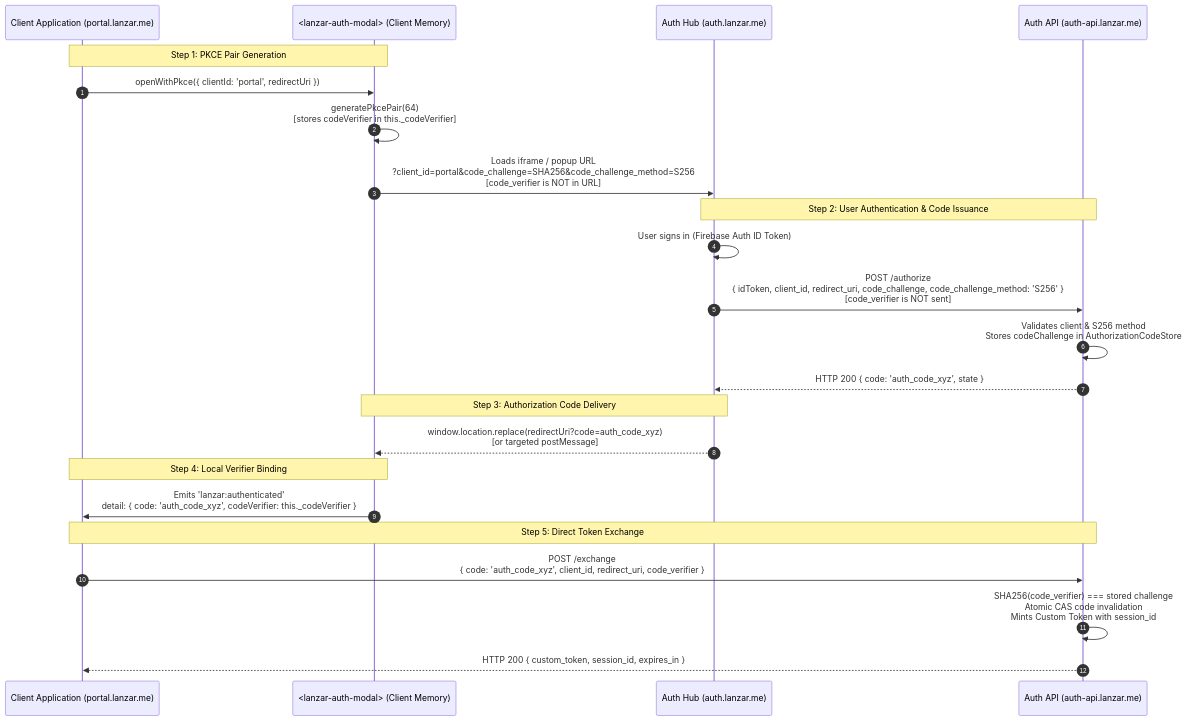
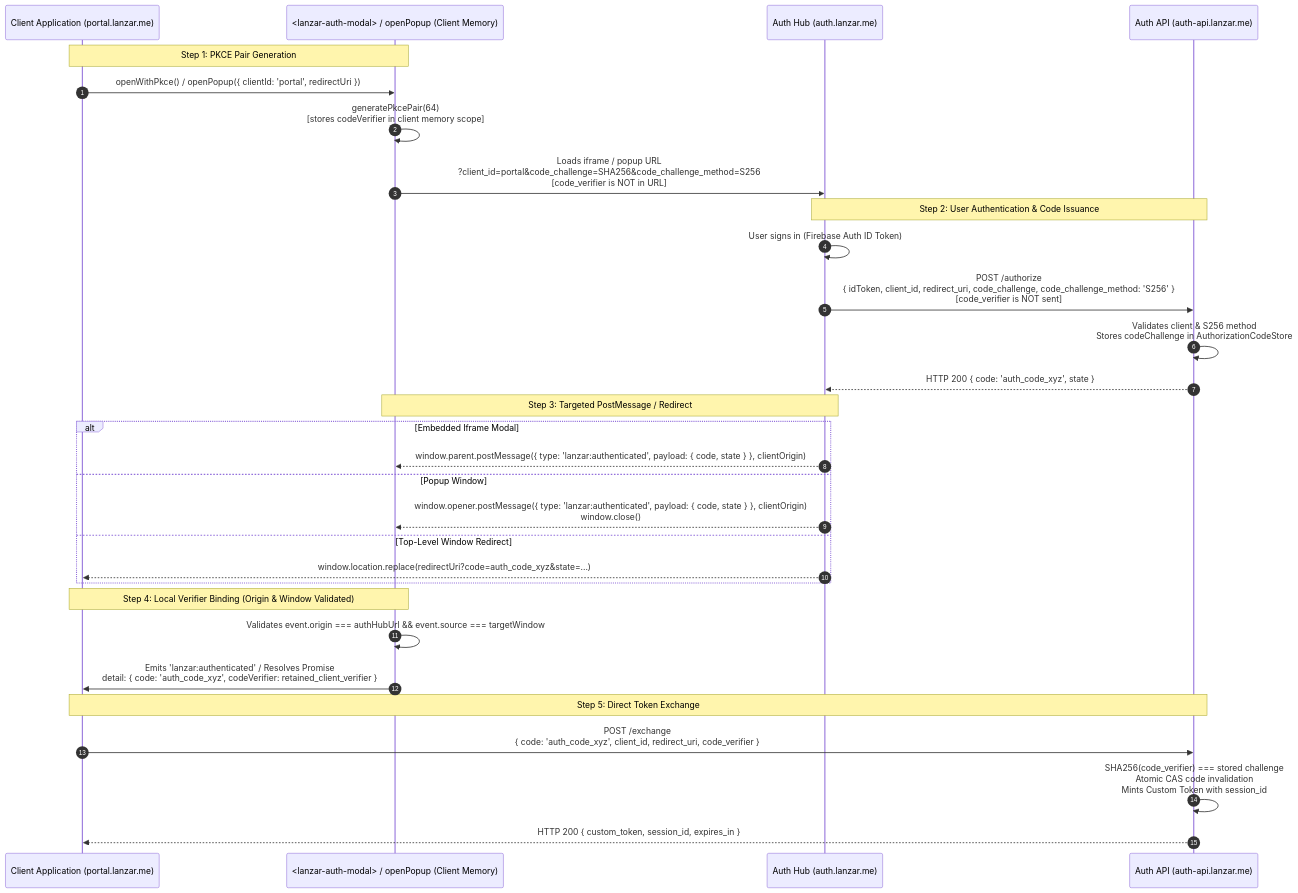
One commit to JonScott79/LANZAR-Auth changed the diagram in _docs/auth/LANZAR_ID_PHASE_E_INTEGRATION_AUDIT.md. Above: the diagram before and after it, drawn with Mermaid. The commit also changed other lines of this file and 13 other files, not shown here.

````diff
--- a/_docs/auth/LANZAR_ID_PHASE_E_INTEGRATION_AUDIT.md
+++ b/_docs/auth/LANZAR_ID_PHASE_E_INTEGRATION_AUDIT.md
@@ -37,30 +34,37 @@
 ```mermaid
 sequenceDiagram
     autonumber
     participant Client as Client Application (portal.lanzar.me)
-    participant SDK as <lanzar-auth-modal> (Client Memory)
+    participant SDK as <lanzar-auth-modal> / openPopup (Client Memory)
     participant Hub as Auth Hub (auth.lanzar.me)
     participant API as Auth API (auth-api.lanzar.me)
 
     Note over Client,SDK: Step 1: PKCE Pair Generation
-    Client->>SDK: openWithPkce({ clientId: 'portal', redirectUri })
-    SDK->>SDK: generatePkcePair(64)<br/>[stores codeVerifier in this._codeVerifier]
+    Client->>SDK: openWithPkce() / openPopup({ clientId: 'portal', redirectUri })
+    SDK->>SDK: generatePkcePair(64)<br/>[stores codeVerifier in client memory scope]
     SDK->>Hub: Loads iframe / popup URL<br/>?client_id=portal&code_challenge=SHA256&code_challenge_method=S256<br/>[code_verifier is NOT in URL]
 
     Note over Hub,API: Step 2: User Authentication & Code Issuance
     Hub->>Hub: User signs in (Firebase Auth ID Token)
     Hub->>API: POST /authorize<br/>{ idToken, client_id, redirect_uri, code_challenge, code_challenge_method: 'S256' }<br/>[code_verifier is NOT sent]
     API->>API: Validates client & S256 method<br/>Stores codeChallenge in AuthorizationCodeStore
     API-->>Hub: HTTP 200 { code: 'auth_code_xyz', state }
 
-    Note over Hub,SDK: Step 3: Authorization Code Delivery
-    Hub-->>SDK: window.location.replace(redirectUri?code=auth_code_xyz)<br/>[or targeted postMessage]
+    Note over Hub,SDK: Step 3: Targeted PostMessage / Redirect
+    alt Embedded Iframe Modal
+        Hub-->>SDK: window.parent.postMessage({ type: 'lanzar:authenticated', payload: { code, state } }, clientOrigin)
+    else Popup Window
+        Hub-->>SDK: window.opener.postMessage({ type: 'lanzar:authenticated', payload: { code, state } }, clientOrigin)<br/>window.close()
+    else Top-Level Window Redirect
+        Hub-->>Client: window.location.replace(redirectUri?code=auth_code_xyz&state=...)
+    end
 
-    Note over SDK,Client: Step 4: Local Verifier Binding
-    SDK->>Client: Emits 'lanzar:authenticated'<br/>detail: { code: 'auth_code_xyz', codeVerifier: this._codeVerifier }
+    Note over SDK,Client: Step 4: Local Verifier Binding (Origin & Window Validated)
+    SDK->>SDK: Validates event.origin === authHubUrl && event.source === targetWindow
+    SDK->>Client: Emits 'lanzar:authenticated' / Resolves Promise<br/>detail: { code: 'auth_code_xyz', codeVerifier: retained_client_verifier }
 
     Note over Client,API: Step 5: Direct Token Exchange
     Client->>API: POST /exchange<br/>{ code: 'auth_code_xyz', client_id, redirect_uri, code_verifier }
     API->>API: SHA256(code_verifier) === stored challenge<br/>Atomic CAS code invalidation<br/>Mints Custom Token with session_id
     API-->>Client: HTTP 200 { custom_token, session_id, expires_in }
 ```
````
